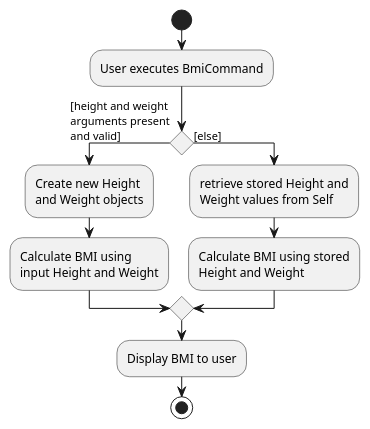
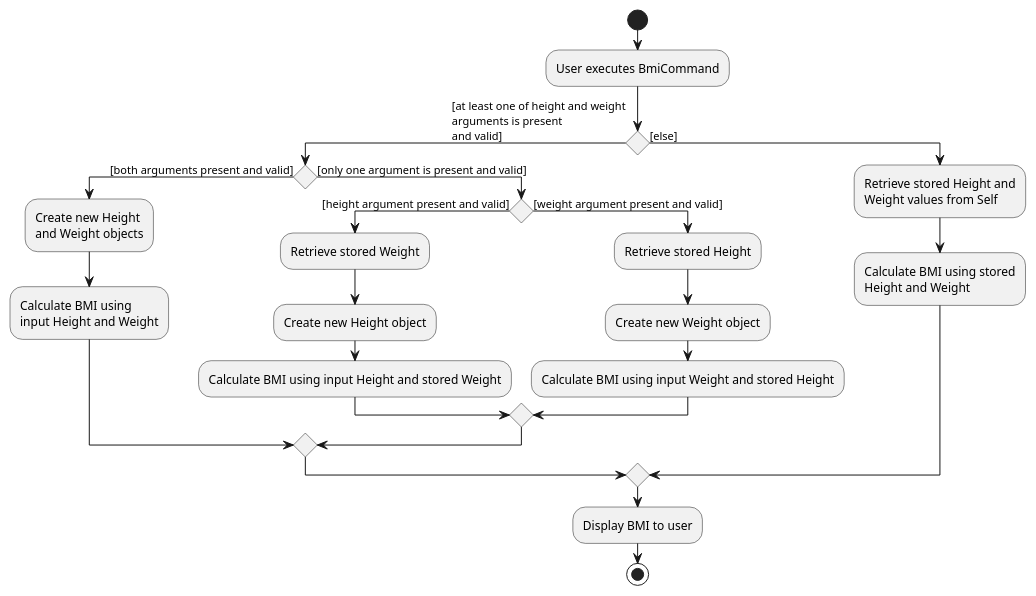
Before and after one commit to nus-cs2103-AY1920S2/addressbook-level3: the diagram in docs/diagrams/BmiActivityDiagram.puml, drawn with PlantUML. The commit also changed 7 other files, not shown here.

Commit message:
Forgot to stage diagrams oops. Diagrams staged for DT DG.

```diff
--- a/docs/diagrams/BmiActivityDiagram.puml
+++ b/docs/diagrams/BmiActivityDiagram.puml
@@ -1,24 +1,37 @@
 @startuml
 start
 :User executes BmiCommand;
 
 'Since the beta syntax does not support placing the condition outside the
 'diamond we place it as the true branch instead.
 
-if () then ([height and weight
-arguments present
+if () then ([at least one of height and weight
+arguments is present
 and valid])
-    :Create new Height
-    and Weight objects;
-    :Calculate BMI using
-    input Height and Weight;
+    if () then ([both arguments present and valid])
+        :Create new Height
+        and Weight objects;
+        :Calculate BMI using
+        input Height and Weight;
+    else ([only one argument is present and valid])
+        if () then ([height argument present and valid])
+            :Retrieve stored Weight;
+            :Create new Height object;
+            :Calculate BMI using input Height and stored Weight;
+        else ([weight argument present and valid])
+            :Retrieve stored Height;
+            :Create new Weight object;
+            :Calculate BMI using input Weight and stored Height;
+        endif
+    endif
+
 else ([else])
-    :retrieve stored Height and
+    :Retrieve stored Height and
     Weight values from Self;
     :Calculate BMI using stored
     Height and Weight;
 endif
 
 :Display BMI to user;
 stop
 @enduml
```
